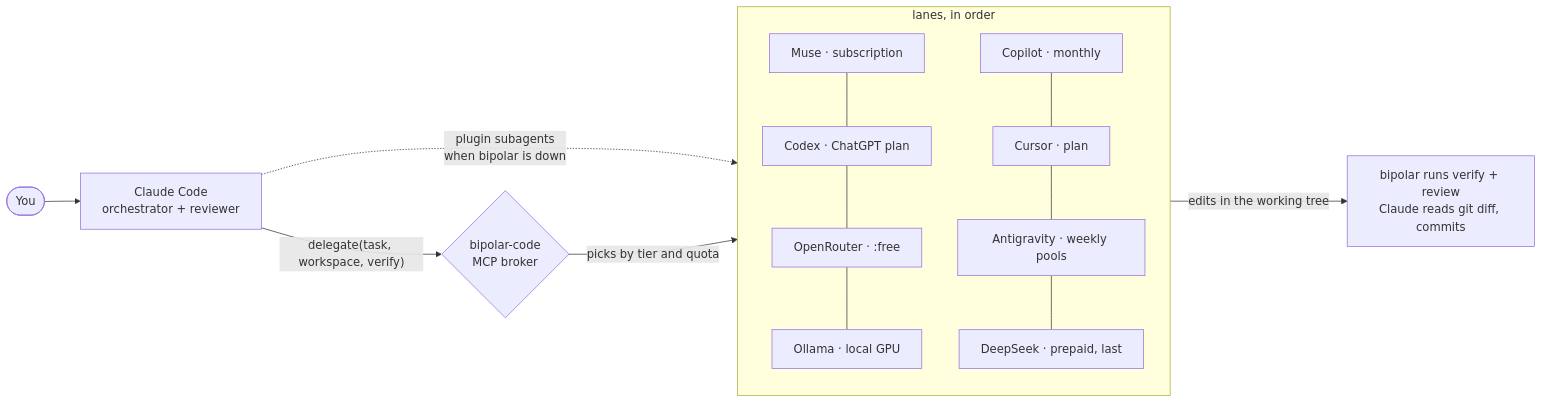
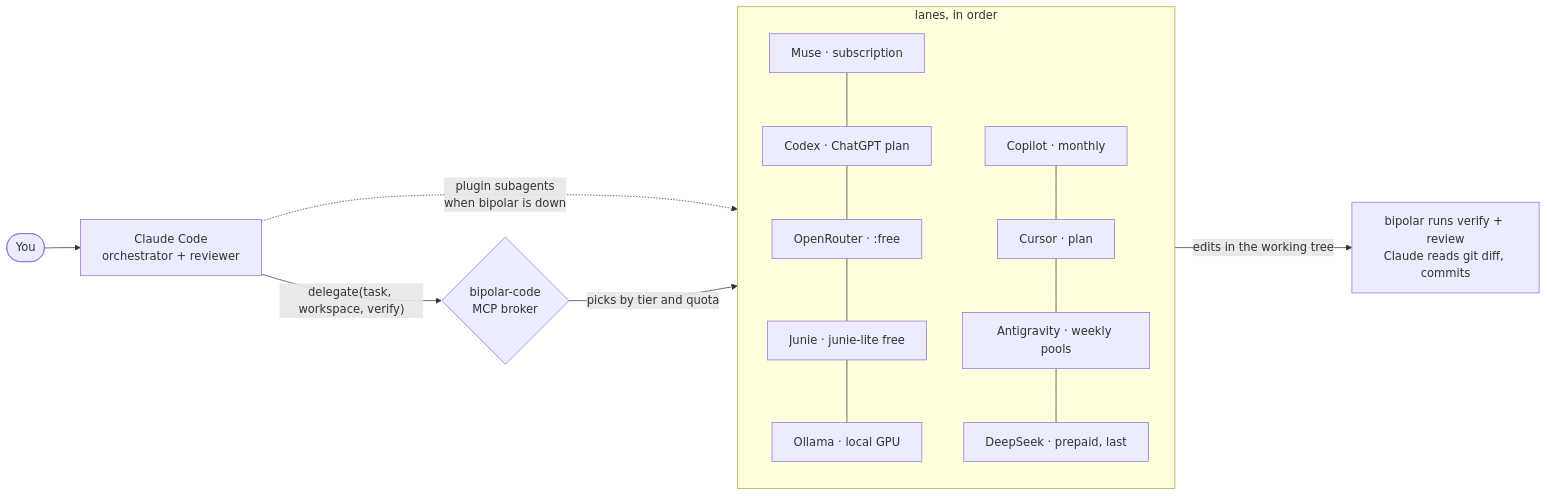
Before and after one commit to santiquiroz/claude-delegation-kit: the first of 3 diagrams in README.md, drawn with Mermaid. The commit also changed other lines of this file and 6 other files, not shown here.

````diff
--- a/README.md
+++ b/README.md
@@ -18,12 +18,12 @@
 ```mermaid
 flowchart LR
     U([You]) --> CC["Claude Code<br/>orchestrator + reviewer"]
     CC -->|"delegate(task, workspace, verify)"| BP{"bipolar-code<br/>MCP broker"}
     CC -.->|"plugin subagents<br/>when bipolar is down"| L
     BP -->|"picks by tier and quota"| L
     subgraph L["lanes, in order"]
-        MU["Muse · subscription"] --- CX["Codex · ChatGPT plan"] --- OR["OpenRouter · :free"] --- OL["Ollama · local GPU"]
+        MU["Muse · subscription"] --- CX["Codex · ChatGPT plan"] --- OR["OpenRouter · :free"] --- JU["Junie · junie-lite free"] --- OL["Ollama · local GPU"]
         CP["Copilot · monthly"] --- CU["Cursor · plan"] --- AG["Antigravity · weekly pools"] --- DS["DeepSeek · prepaid, last"]
     end
     L -->|"edits in the working tree"| REV["bipolar runs verify + review<br/>Claude reads git diff, commits"]
 ```
````
